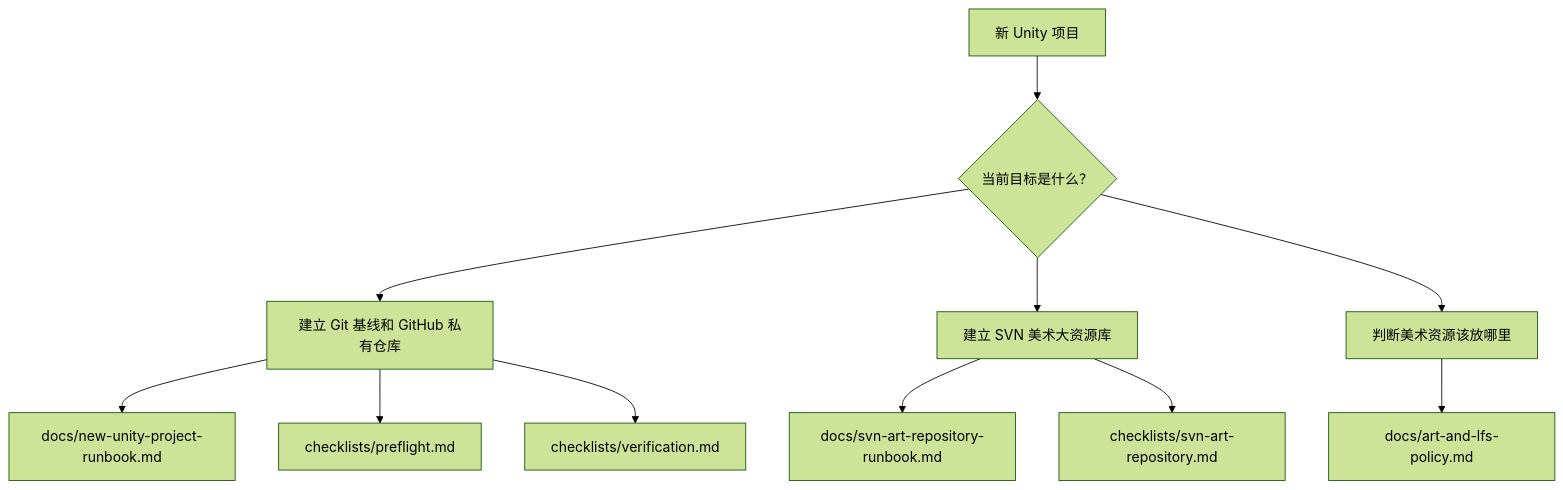
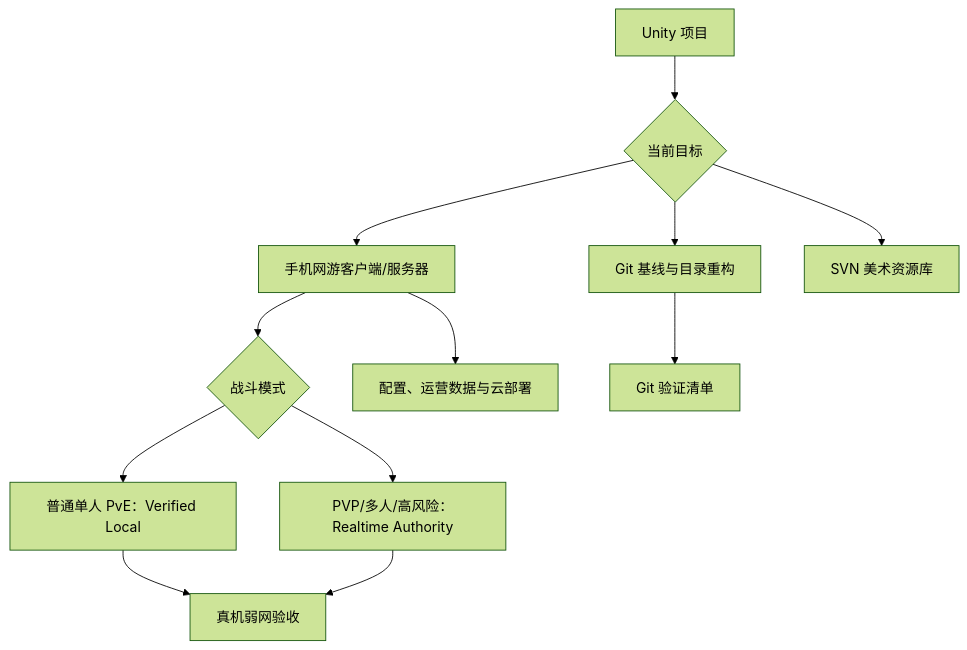
One commit to w952622941/UnityGameSkill changed the diagram in docs/index.md. Above: the diagram before and after it, drawn with Mermaid (forest theme). The commit also changed other lines of this file and 10 other files, not shown here.

First line of the commit message:
docs: add verified Unity online-game architecture guidance

````diff
--- a/docs/index.md
+++ b/docs/index.md
@@ -7,13 +7,14 @@
 ```mermaid
 flowchart TD
-  A["新 Unity 项目"] --> B{"当前目标是什么？"}
-  B --> C["建立 Git 基线和 GitHub 私有仓库"]
-  B --> D["建立 SVN 美术大资源库"]
-  B --> E["判断美术资源该放哪里"]
-  C --> C1["docs/new-unity-project-runbook.md"]
-  C --> C2["checklists/preflight.md"]
-  C --> C3["checklists/verification.md"]
-  D --> D1["docs/svn-art-repository-runbook.md"]
-  D --> D2["checklists/svn-art-repository.md"]
-  E --> E1["docs/art-and-lfs-policy.md"]
+  A["Unity 项目"] --> B{"当前目标"}
+  B --> G["Git 基线与目录重构"]
+  B --> N["手机网游客户端/服务器"]
+  B --> S["SVN 美术资源库"]
+  N --> M{"战斗模式"}
+  M --> V["普通单人 PvE：Verified Local"]
+  M --> R["PVP/多人/高风险：Realtime Authority"]
+  N --> D["配置、运营数据与云部署"]
+  G --> GC["Git 验证清单"]
+  V --> NC["真机弱网验收"]
+  R --> NC
 ```
````
